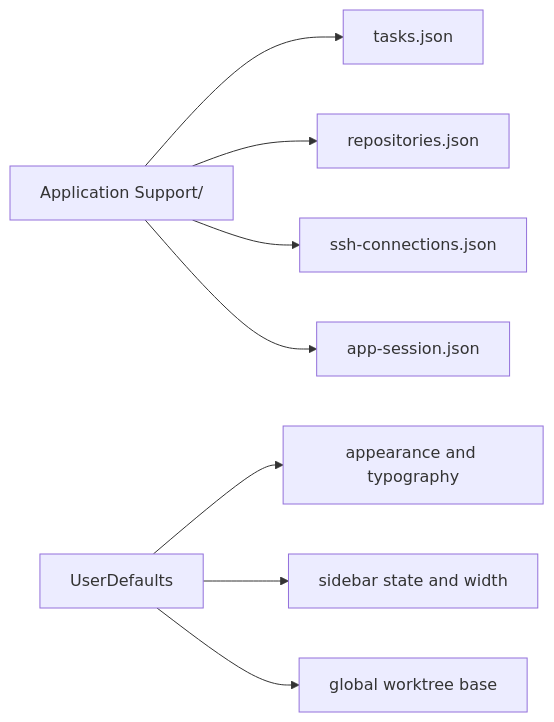
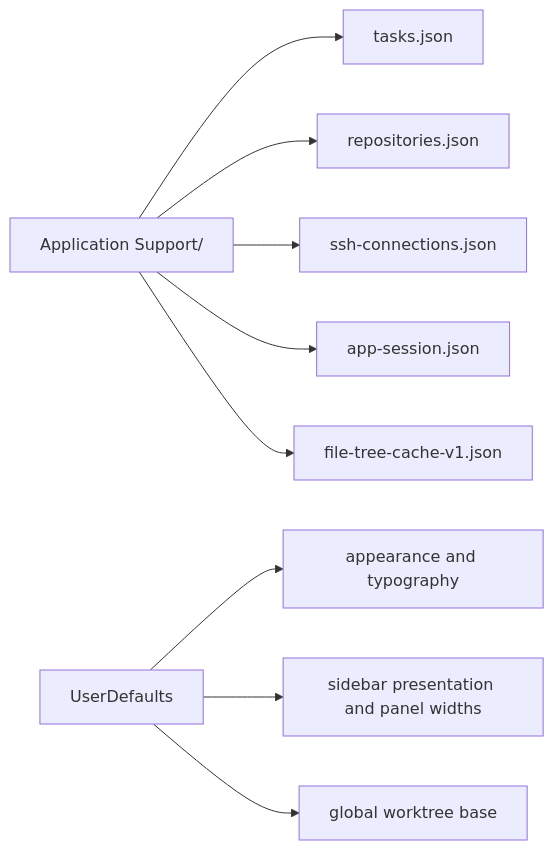
Before and after one commit to gh0stonio/pinata: the third of 5 diagrams in docs/application-architecture.md, drawn with Mermaid. The commit also changed other lines of this file and 22 other files, not shown here.

````diff
--- a/docs/application-architecture.md
+++ b/docs/application-architecture.md
@@ -98,10 +100,11 @@
 ```mermaid
 flowchart LR
     AppSupport[Application Support/<bundle-id>] --> Tasks[tasks.json]
     AppSupport --> Repos[repositories.json]
     AppSupport --> Connections[ssh-connections.json]
     AppSupport --> Session[app-session.json]
+    AppSupport --> FileTree[file-tree-cache-v1.json]
     Defaults[UserDefaults] --> Appearance[appearance and typography]
-    Defaults --> Sidebar[sidebar state and width]
+    Defaults --> Panels[sidebar presentation and panel widths]
     Defaults --> WorktreeDefault[global worktree base]
 ```
````
